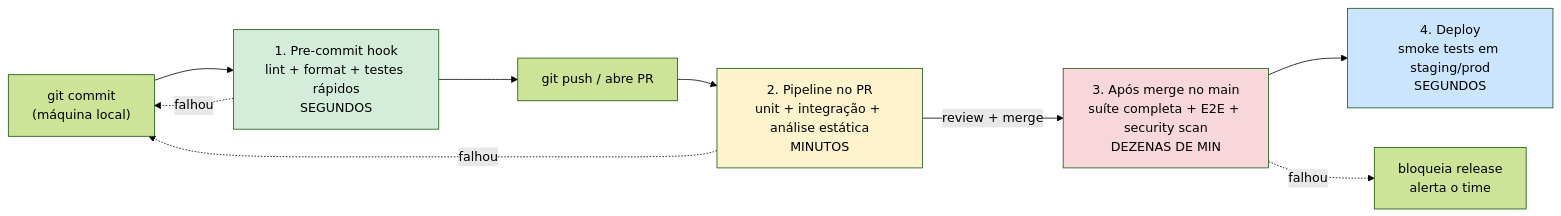
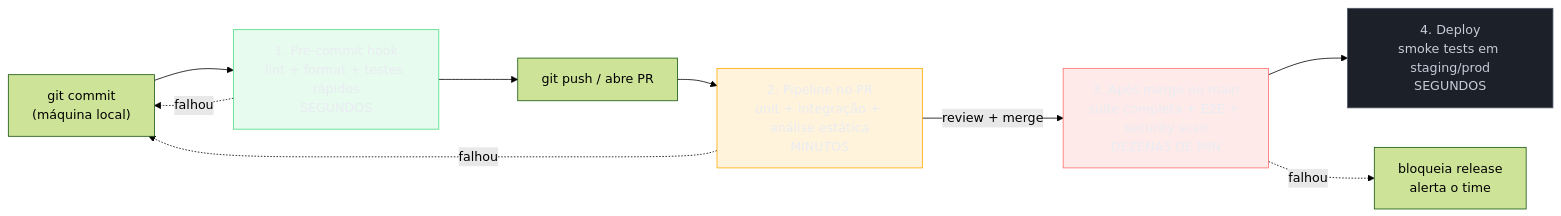
One commit to josenaldo/codex-technomanticus changed the second of 8 diagrams in 03-Dominios/Engenharia/Testes/15 - Testes em CI-CD.md. Above: the diagram before and after it, drawn with Mermaid (forest theme). The commit also changed other lines of this file and 1181 other files, not shown here.

First line of the commit message:
fix(diagramas): paleta do sistema no lugar de cor cravada no markdown

````diff
--- a/03-Dominios/Engenharia/Testes/15 - Testes em CI-CD.md
+++ b/03-Dominios/Engenharia/Testes/15 - Testes em CI-CD.md
@@ -76,15 +76,19 @@
 ```mermaid
 flowchart LR
+    classDef ok fill:#4ADE8021,stroke:#4ADE80,color:#E9ECF2
+    classDef destaque fill:#FFAA0024,stroke:#FFAA00,color:#E9ECF2
+    classDef falha fill:#FF6B6B24,stroke:#FF6B6B,color:#E9ECF2
+    classDef neutro fill:#1B2029,stroke:#4E5666,color:#C6CCD8
     A["git commit<br/>(máquina local)"] --> B["1. Pre-commit hook<br/>lint + format + testes rápidos<br/>SEGUNDOS"]
     B --> C["git push / abre PR"]
     C --> D["2. Pipeline no PR<br/>unit + integração + análise estática<br/>MINUTOS"]
     D -->|review + merge| E["3. Após merge no main<br/>suíte completa + E2E + security scan<br/>DEZENAS DE MIN"]
     E --> F["4. Deploy<br/>smoke tests em staging/prod<br/>SEGUNDOS"]
     B -.->|falhou| A
     D -.->|falhou| A
     E -.->|falhou| G["bloqueia release<br/>alerta o time"]
-    style B fill:#d4edda
-    style D fill:#fff3cd
-    style E fill:#f8d7da
-    style F fill:#cce5ff
+    class B ok
+    class D destaque
+    class E falha
+    class F neutro
 ```
````
